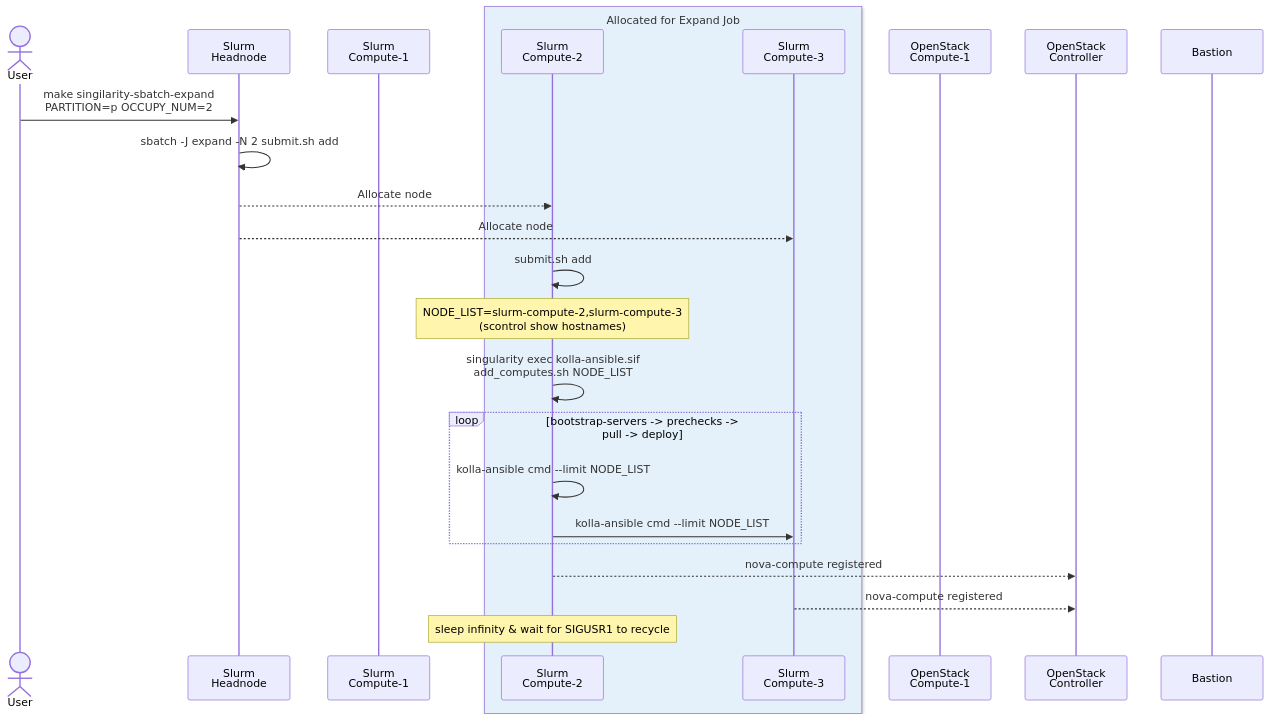
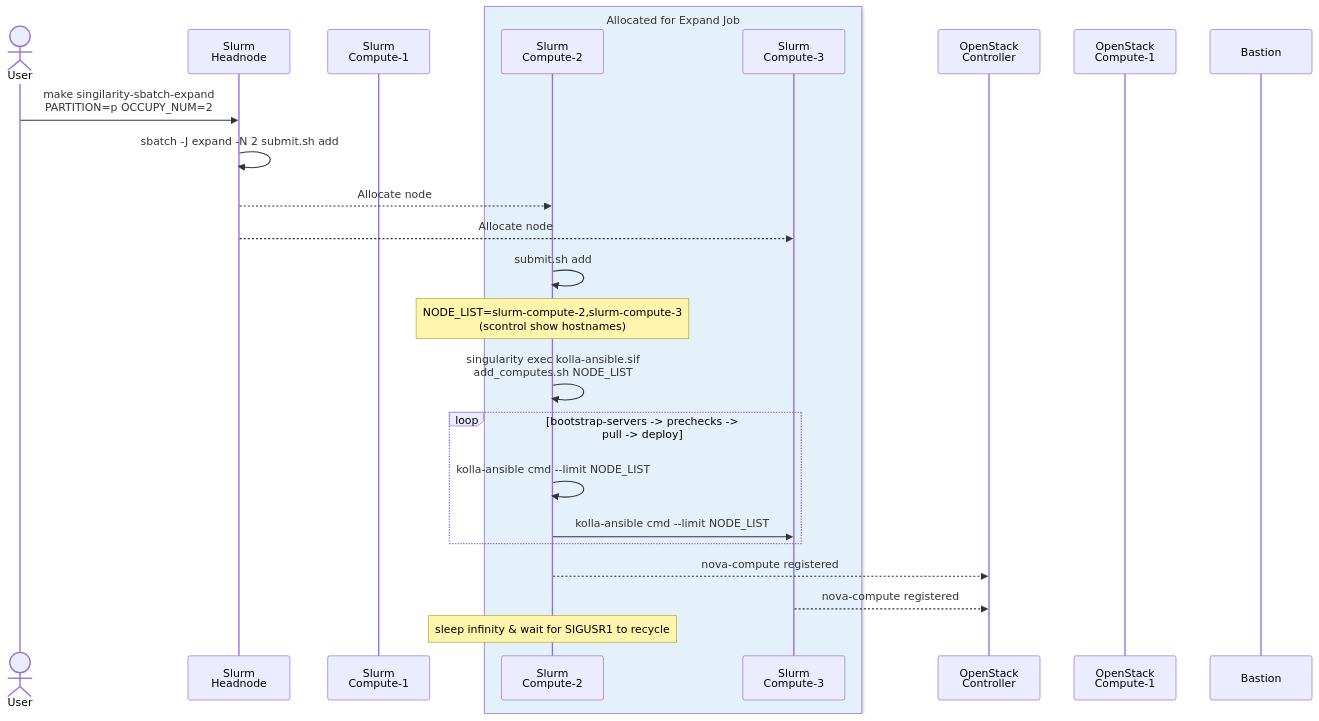
Before and after one commit to ceasar-sun/ceasar-fork.openstack-slurm-on-zillaforge: the first of 2 diagrams in infra_slurm/README.md, drawn with Mermaid. The commit also changed other lines of this file and 5 other files, not shown here.

````diff
--- a/infra_slurm/README.md
+++ b/infra_slurm/README.md
@@ -7,32 +7,32 @@
 ```mermaid
 sequenceDiagram
     actor User
     participant HN as Slurm<br/>Headnode
     participant C1 as Slurm<br/>Compute-1
     box rgb(228, 240, 250) Allocated for Expand Job
         participant C2 as Slurm<br/>Compute-2
         participant C3 as Slurm<br/>Compute-3
     end
+    participant Ctrl as OpenStack<br/>Controller
     participant OSC1 as OpenStack<br/>Compute-1
-    participant Ctrl as OpenStack<br/>Controller
     participant Bastion
 
     User->>HN: make singilarity-sbatch-expand<br/>PARTITION=p OCCUPY_NUM=2
     HN->>HN: sbatch -J expand -N 2 submit.sh add
     HN-->>C2: Allocate node
     HN-->>C3: Allocate node
 
     C2->>C2: submit.sh add
     Note over C2: NODE_LIST=slurm-compute-2,slurm-compute-3<br/>(scontrol show hostnames)
     C2->>C2: singularity exec kolla-ansible.sif<br/>add_computes.sh NODE_LIST
 
     loop bootstrap-servers -> prechecks -> pull -> deploy
         C2->>C2: kolla-ansible cmd --limit NODE_LIST
         C2->>C3: kolla-ansible cmd --limit NODE_LIST
     end
 
     C2-->>Ctrl: nova-compute registered
     C3-->>Ctrl: nova-compute registered
 
     Note over C2: sleep infinity & wait for SIGUSR1 to recycle
 ```
````
